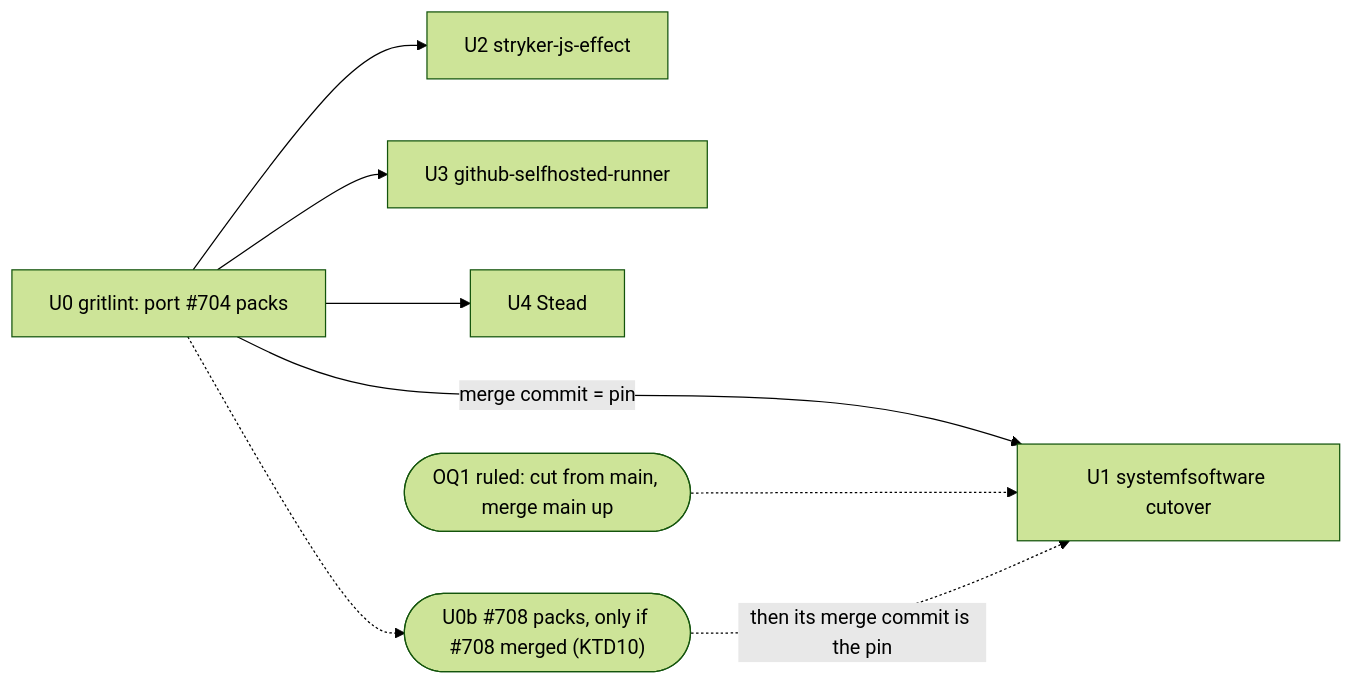
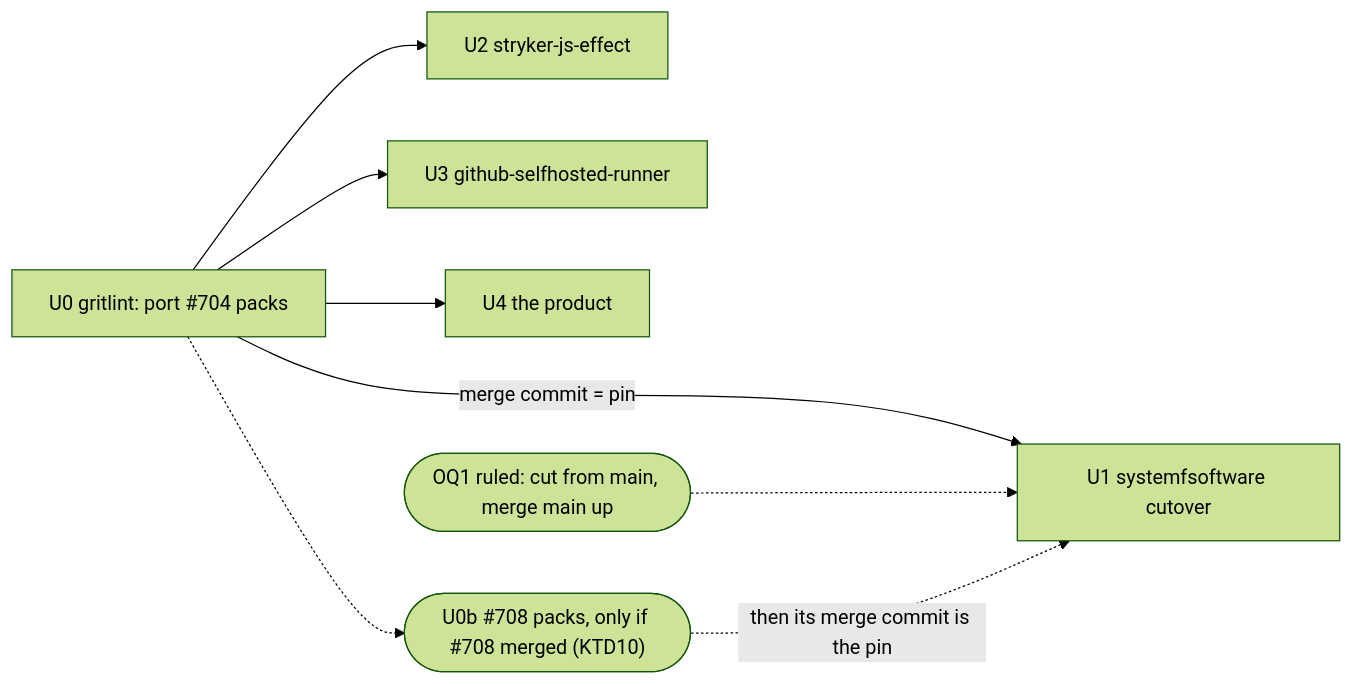
The diagram in docs/plans/2026-10-10-0957-chore-consume-gritlint-flake-plan.md (systemfsoftware/systemfsoftware), drawn with Mermaid (forest theme) before and after one commit. The commit also changed other lines of this file and 4 other files, not shown here.

````diff
--- a/docs/plans/2026-10-10-0957-chore-consume-gritlint-flake-plan.md
+++ b/docs/plans/2026-10-10-0957-chore-consume-gritlint-flake-plan.md
@@ -155,10 +155,10 @@
 ```mermaid
 flowchart LR
   U0["U0 gritlint: port #704 packs"] -->|merge commit = pin| U1["U1 systemfsoftware cutover"]
   U0 --> U2["U2 stryker-js-effect"]
   U0 --> U3["U3 github-selfhosted-runner"]
-  U0 --> U4["U4 Stead"]
+  U0 --> U4["U4 the product"]
   OQ1(["OQ1 ruled: cut from main, merge main up"]) -.-> U1
   U0 -.-> U0b(["U0b #708 packs, only if #708 merged (KTD10)"])
   U0b -.->|then its merge commit is the pin| U1
 ```
````
